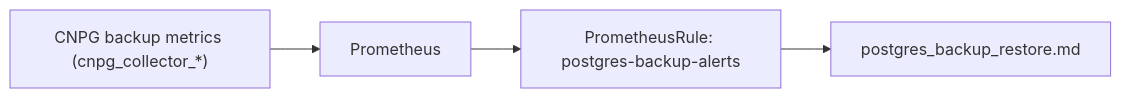
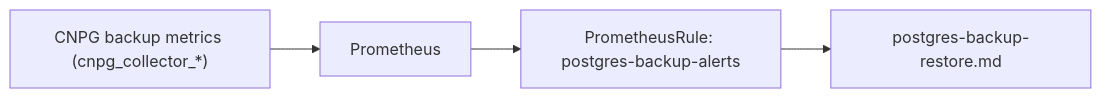
One commit to duynhlab/homelab changed the second of 4 diagrams in docs/databases/006-backup-strategy.md. Above: the diagram before and after it, drawn with Mermaid. The commit also changed other lines of this file and 41 other files, not shown here.

````diff
--- a/docs/databases/006-backup-strategy.md
+++ b/docs/databases/006-backup-strategy.md
@@ -83,6 +83,6 @@
 ```mermaid
 flowchart LR
   CNPGMetrics["CNPG backup metrics (cnpg_collector_*)"] --> Prometheus["Prometheus"]
   Prometheus --> Rule["PrometheusRule: postgres-backup-alerts"]
-  Rule --> Runbook["postgres_backup_restore.md"]
+  Rule --> Runbook["postgres-backup-restore.md"]
 ```
````
